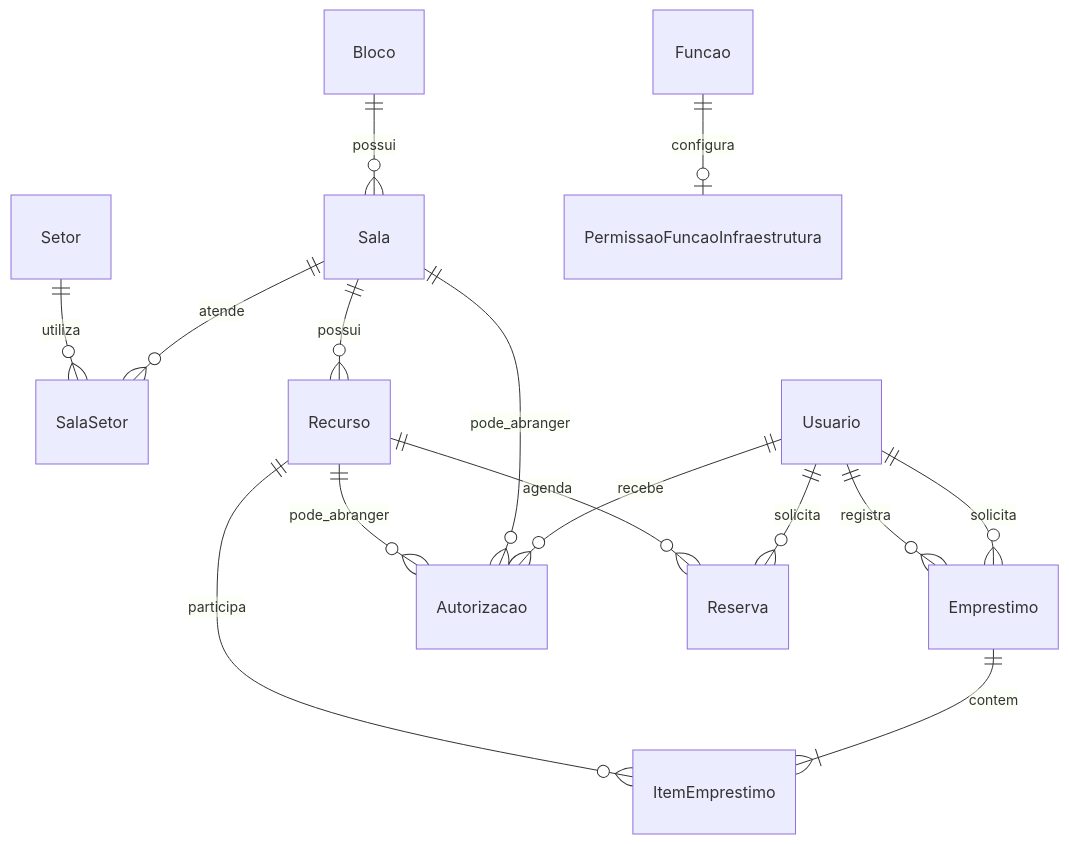
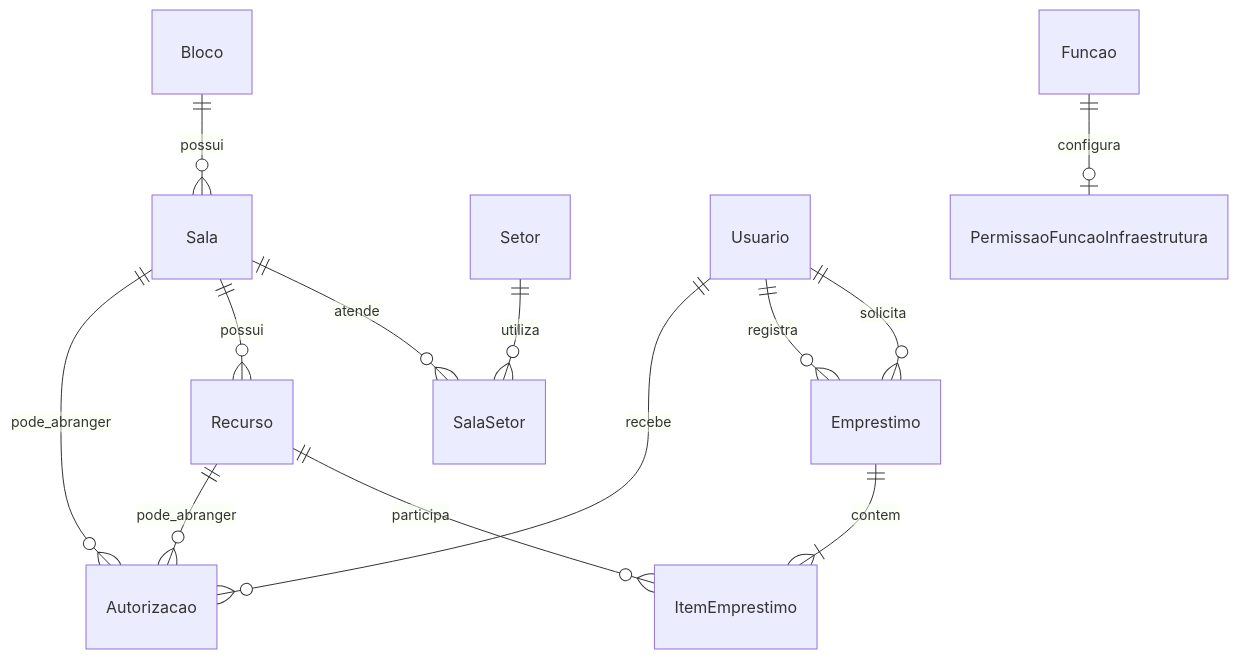
One commit to soareslucas9090/cortex-platform changed the diagram in docs/schema/infraestrutura.md. Above: the diagram before and after it, drawn with Mermaid. The commit also changed other lines of this file and 2 other files, not shown here.

````diff
--- a/docs/schema/infraestrutura.md
+++ b/docs/schema/infraestrutura.md
@@ -69,17 +91,15 @@
 ```mermaid
 erDiagram
     Bloco ||--o{ Sala : possui
     Sala ||--o{ SalaSetor : atende
     Setor ||--o{ SalaSetor : utiliza
     Sala ||--o{ Recurso : possui
     Usuario ||--o{ Emprestimo : solicita
     Usuario ||--o{ Emprestimo : registra
     Emprestimo ||--|{ ItemEmprestimo : contem
     Recurso ||--o{ ItemEmprestimo : participa
     Usuario ||--o{ Autorizacao : recebe
     Sala ||--o{ Autorizacao : pode_abranger
     Recurso ||--o{ Autorizacao : pode_abranger
-    Usuario ||--o{ Reserva : solicita
-    Recurso ||--o{ Reserva : agenda
     Funcao ||--o| PermissaoFuncaoInfraestrutura : configura
 ```
````
